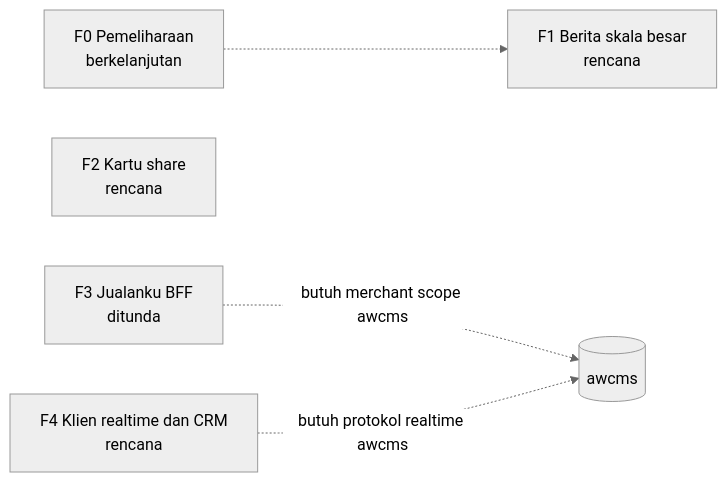
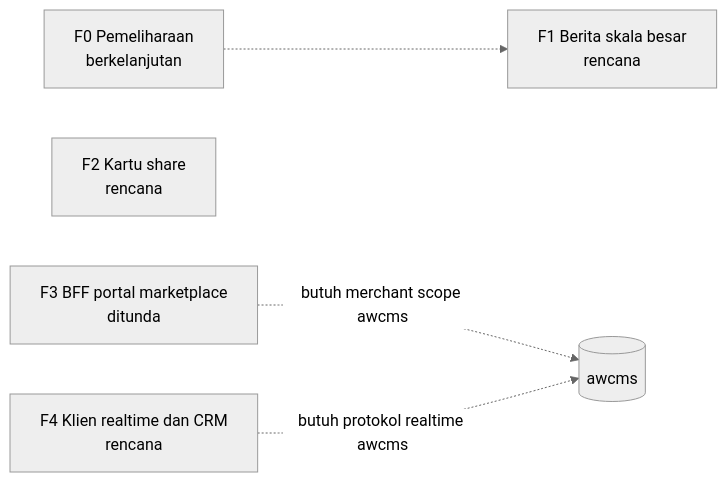
The diagram in docs/roadmap.id.md (ahliweb/awcms-astro), drawn with Mermaid (neutral theme) before and after one commit. The commit also changed other lines of this file and 53 other files, not shown here.

````diff
--- a/docs/roadmap.id.md
+++ b/docs/roadmap.id.md
@@ -48,8 +48,8 @@
 ```mermaid
 flowchart LR
     F0[F0 Pemeliharaan\nberkelanjutan] -.-> F1
     F1[F1 Berita skala besar\nrencana]
     F2[F2 Kartu share\nrencana]
-    F3[F3 Jualanku BFF\nditunda] -.->|butuh merchant scope awcms| UP[(awcms)]
+    F3[F3 BFF portal marketplace\nditunda] -.->|butuh merchant scope awcms| UP[(awcms)]
     F4[F4 Klien realtime dan CRM\nrencana] -.->|butuh protokol realtime awcms| UP
 ```
````
